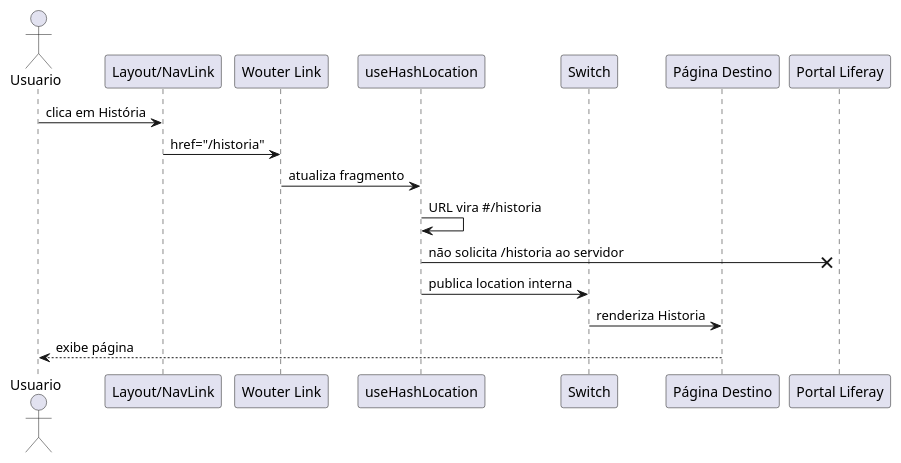
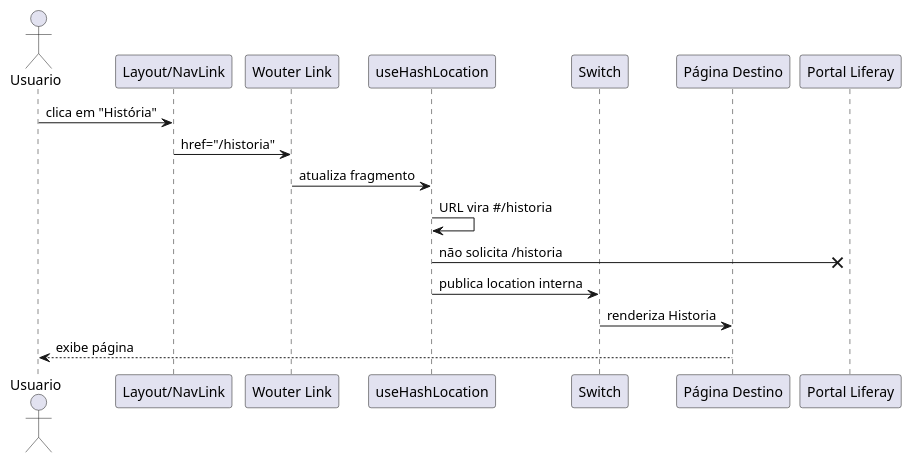
The sixth of 13 diagrams in docs/arquitetura-uml.md (guilhermespamplona-prog/museu-tjsc), drawn with PlantUML before and after one commit. The commit also changed other lines of this file and 80 other files, not shown here.

````diff
--- a/docs/arquitetura-uml.md
+++ b/docs/arquitetura-uml.md
@@ -648,21 +615,20 @@
 ```plantuml
 @startuml
 actor Usuario
 participant "Layout/NavLink" as Nav
 participant "Wouter Link" as Link
 participant "useHashLocation" as Hash
 participant "Switch" as Switch
 participant "Página Destino" as Page
 participant "Portal Liferay" as Liferay
 
-Usuario -> Nav : clica em História
+Usuario -> Nav : clica em "História"
 Nav -> Link : href="/historia"
 Link -> Hash : atualiza fragmento
 Hash -> Hash : URL vira #/historia
-Hash -x Liferay : não solicita /historia ao servidor
+Hash -x Liferay : não solicita /historia
 Hash -> Switch : publica location interna
 Switch -> Page : renderiza Historia
 Page --> Usuario : exibe página
-
 @enduml
 ```
````
